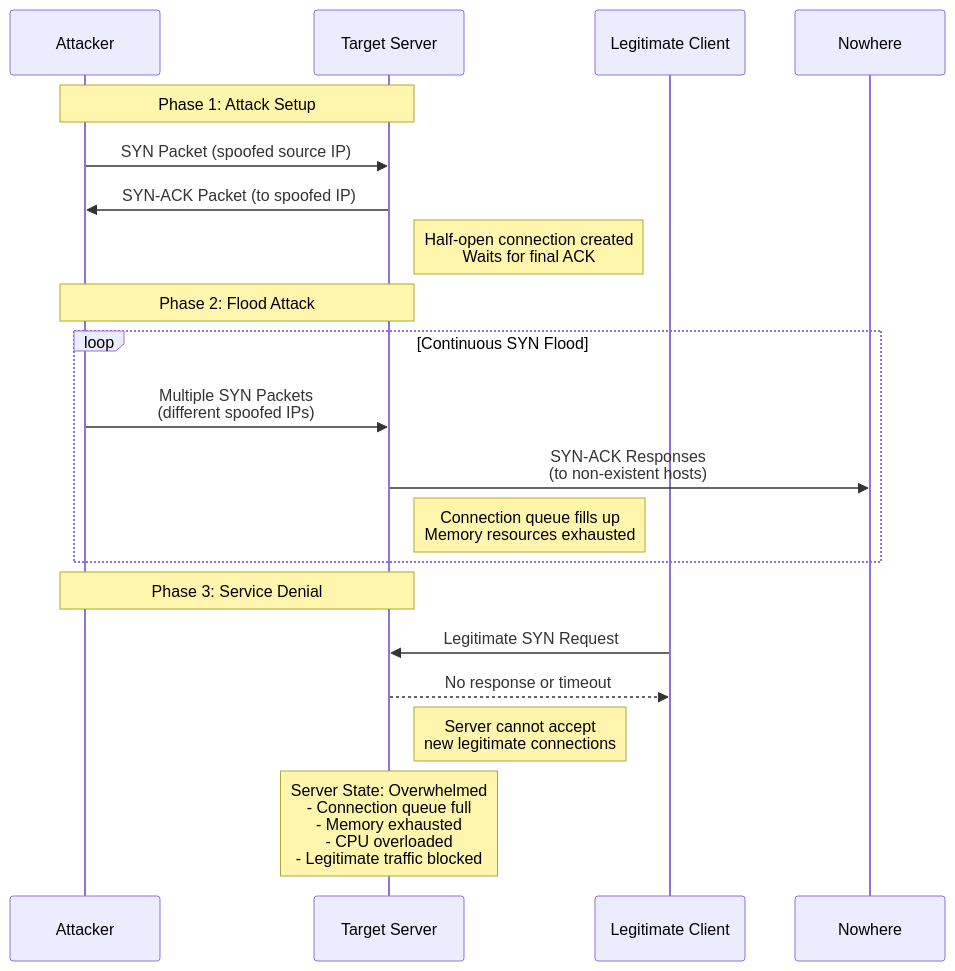
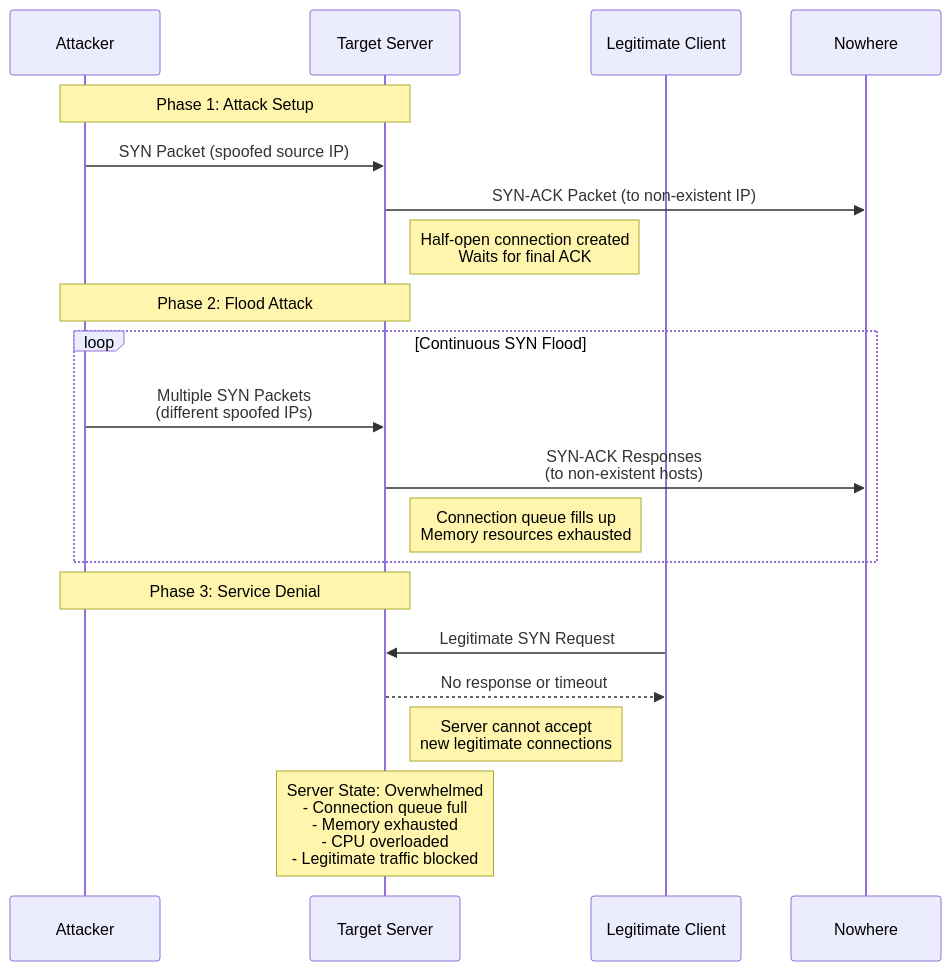
One commit to crossingts/cybersecurityfoundations changed the diagram in 2.-introduction-to-cybersecurity/common-cyber-attacks.md. Above: the diagram before and after it, drawn with Mermaid. The commit also changed other lines of this file, not shown here.

````diff
--- a/2.-introduction-to-cybersecurity/common-cyber-attacks.md
+++ b/2.-introduction-to-cybersecurity/common-cyber-attacks.md
@@ -84,25 +84,25 @@
 ```mermaid
 sequenceDiagram
     participant Attacker
     participant Target Server
     participant Legitimate Client
 
     Note over Attacker, Target Server: Phase 1: Attack Setup
     Attacker->>Target Server: SYN Packet (spoofed source IP)
-    Target Server->>Attacker: SYN-ACK Packet (to spoofed IP)
+    Target Server->>Nowhere: SYN-ACK Packet (to non-existent IP)
     Note right of Target Server: Half-open connection created<br/>Waits for final ACK
 
     Note over Attacker, Target Server: Phase 2: Flood Attack
     loop Continuous SYN Flood
         Attacker->>Target Server: Multiple SYN Packets<br/>(different spoofed IPs)
         Target Server->>Nowhere: SYN-ACK Responses<br/>(to non-existent hosts)
         Note right of Target Server: Connection queue fills up<br/>Memory resources exhausted
     end
 
     Note over Attacker, Target Server: Phase 3: Service Denial
     Legitimate Client->>Target Server: Legitimate SYN Request
     Target Server-->>Legitimate Client: No response or timeout
     Note right of Target Server: Server cannot accept<br/>new legitimate connections
 
     Note over Target Server: Server State: Overwhelmed<br/>- Connection queue full<br/>- Memory exhausted<br/>- CPU overloaded<br/>- Legitimate traffic blocked
 ```
````
